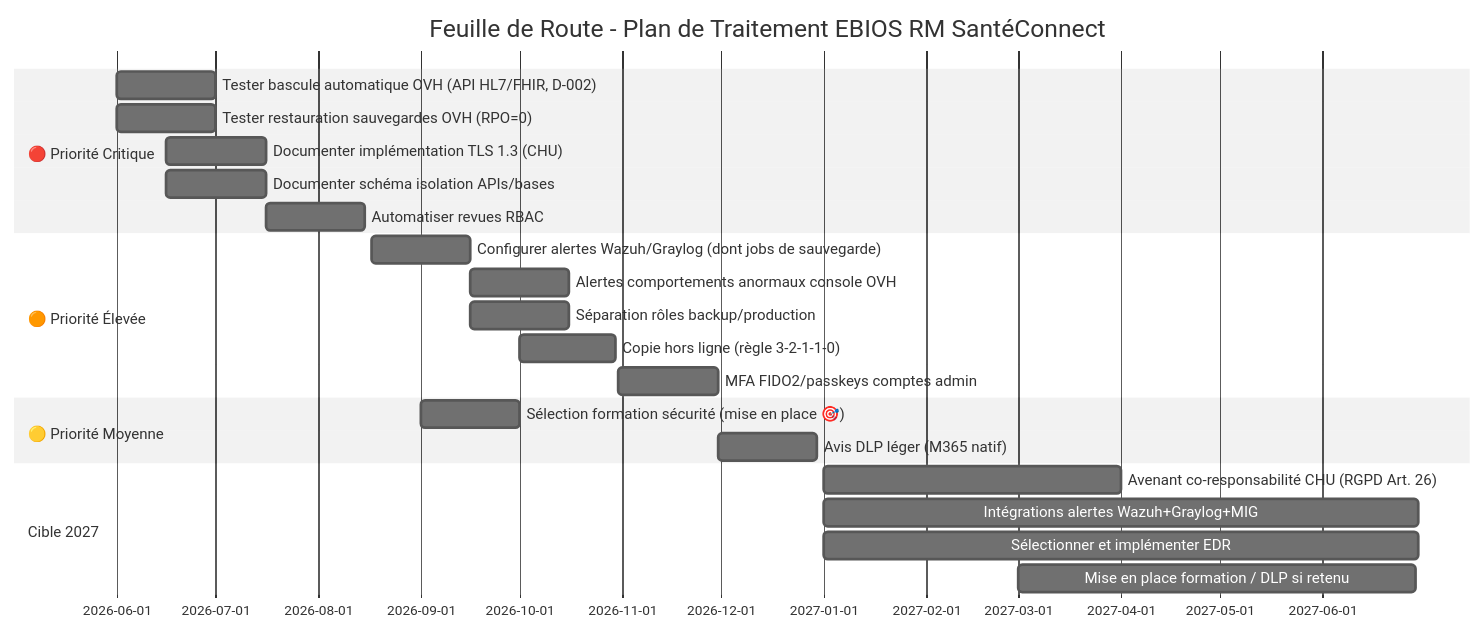
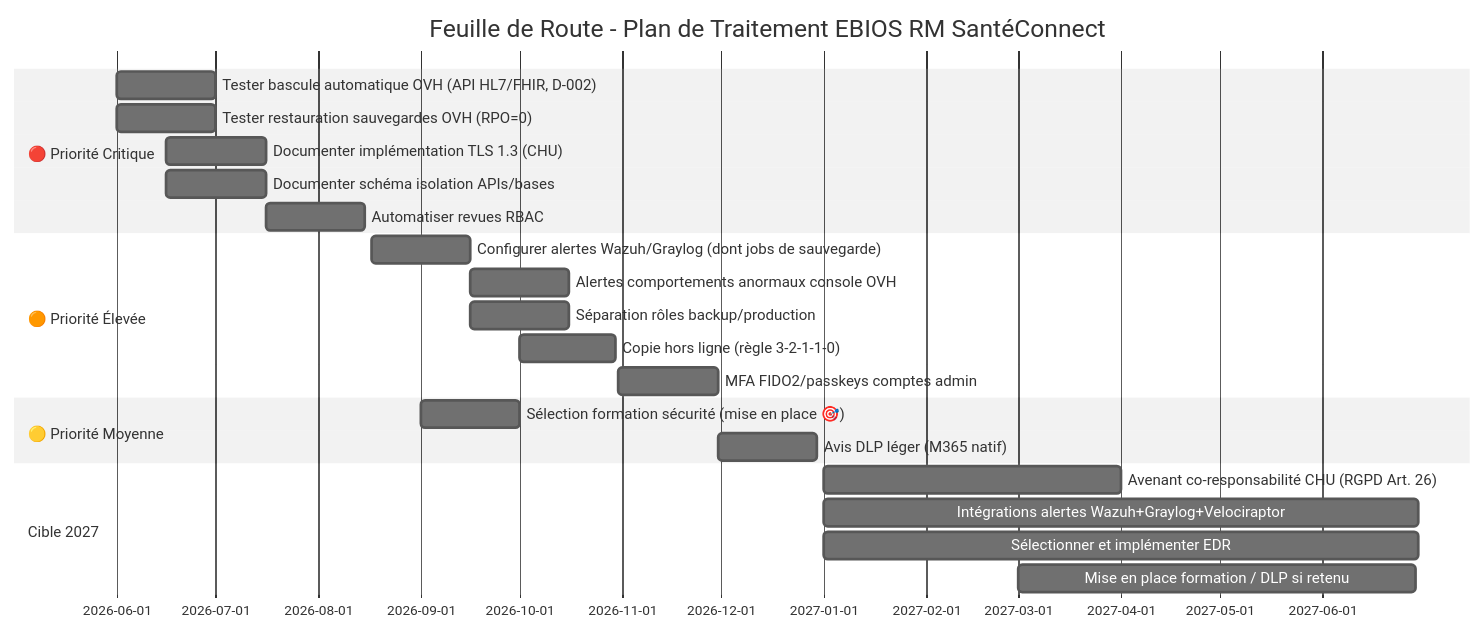
One commit to solenefig-lab/grc-pme-fictive changed the diagram in semaine-5-ebios-rm/5-synthese-cycle.md. Above: the diagram before and after it, drawn with Mermaid (neutral theme). The commit also changed other lines of this file and 14 other files, not shown here.

Commit message:
docs(S4): activation PCA/PRA différenciée (4h / 12h hors heures ouvrées), MIG remplacé par Velociraptor, alignement autres docs.

````diff
--- a/semaine-5-ebios-rm/5-synthese-cycle.md
+++ b/semaine-5-ebios-rm/5-synthese-cycle.md
@@ -154,25 +154,25 @@
 ```mermaid
 gantt
     title Feuille de Route - Plan de Traitement EBIOS RM SantéConnect
     dateFormat  YYYY-MM-DD
     section 🔴 Priorité Critique
     Tester bascule automatique OVH (API HL7/FHIR, D-002) :a1, 2026-06-01, 30d
     Tester restauration sauvegardes OVH (RPO=0) :a2, 2026-06-01, 30d
     Documenter implémentation TLS 1.3 (CHU) :a3, 2026-06-16, 30d
     Documenter schéma isolation APIs/bases :a4, 2026-06-16, 30d
     Automatiser revues RBAC :a5, 2026-07-16, 30d
     section 🟠 Priorité Élevée
     Configurer alertes Wazuh/Graylog (dont jobs de sauvegarde) :b1, 2026-08-17, 30d
     Alertes comportements anormaux console OVH :b2, 2026-09-16, 30d
     Séparation rôles backup/production :b3, 2026-09-16, 30d
     Copie hors ligne (règle 3-2-1-1-0) :b4, 2026-10-01, 29d
     MFA FIDO2/passkeys comptes admin :b5, 2026-10-31, 30d
     section 🟡 Priorité Moyenne
     Sélection formation sécurité (mise en place 🎯) :c1, 2026-09-01, 30d
     Avis DLP léger (M365 natif) :c2, 2026-11-30, 30d
     section Cible 2027
     Avenant co-responsabilité CHU (RGPD Art. 26) :d1, 2027-01-01, 90d
-    Intégrations alertes Wazuh+Graylog+MIG :d2, 2027-01-01, 180d
+    Intégrations alertes Wazuh+Graylog+Velociraptor :d2, 2027-01-01, 180d
     Sélectionner et implémenter EDR :d3, 2027-01-01, 180d
     Mise en place formation / DLP si retenu :d4, 2027-03-01, 120d
 ```    
````
